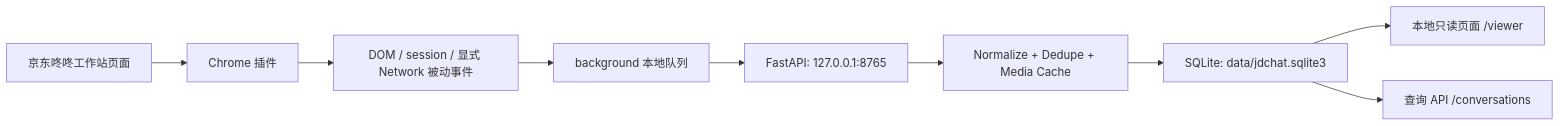
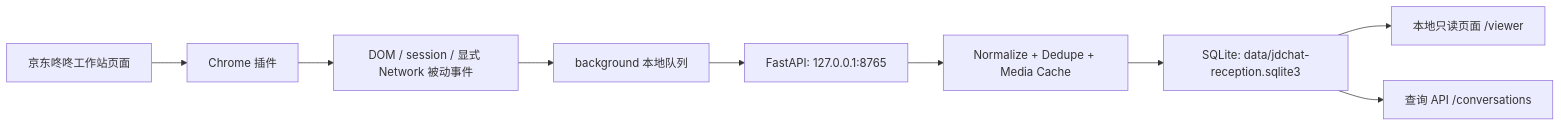
The diagram in README.md (desperado-zhang/jdchat), drawn with Mermaid before and after one commit. The commit also changed other lines of this file and 3 other files, not shown here.

````diff
--- a/README.md
+++ b/README.md
@@ -38,11 +38,11 @@
 ```mermaid
 flowchart LR
   A["京东咚咚工作站页面"] --> B["Chrome 插件"]
   B --> C["DOM / session / 显式 Network 被动事件"]
   C --> D["background 本地队列"]
   D --> E["FastAPI: 127.0.0.1:8765"]
   E --> F["Normalize + Dedupe + Media Cache"]
-  F --> G["SQLite: data/jdchat.sqlite3"]
+  F --> G["SQLite: data/jdchat-reception.sqlite3"]
   G --> H["本地只读页面 /viewer"]
   G --> I["查询 API /conversations"]
 ```
````
